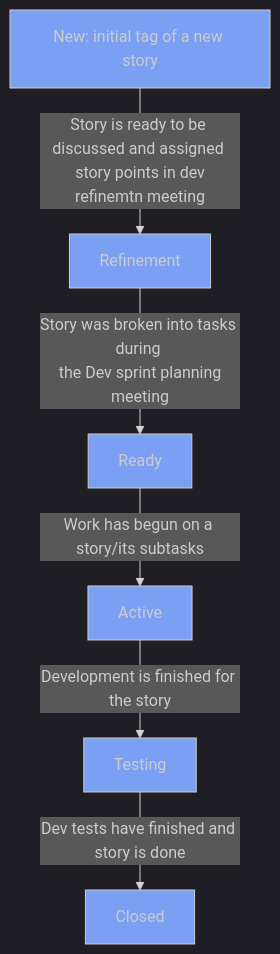
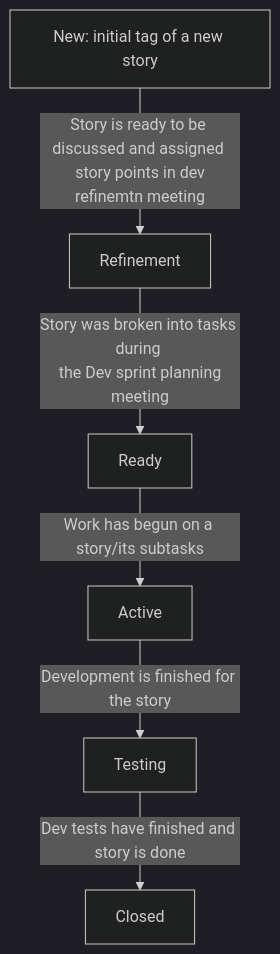
Before and after one commit to abbyhoosh/VueFrontend: the second of 3 diagrams in README.md, drawn with Mermaid. The commit also changed other lines of this file, not shown here.

````diff
--- a/README.md
+++ b/README.md
@@ -84,21 +82,17 @@
 ```mermaid
 %%{init: {'theme':'dark'}}%%
 
 flowchart TD
-classDef tags fill:#7B9FF2
-
 NewStory[New: initial tag of a new story]
 StoryRefinement[Refinement]
 StoryReady[Ready]
 StoryActive[Active]
 StoryTesting[Testing]
 StoryClosed[Closed]
 
 NewStory-->|Story is ready to be discussed and assigned <br> story points in dev refinemtn meeting|StoryRefinement
 StoryRefinement-->|Story was broken into tasks during <br> the Dev sprint planning meeting|StoryReady
 StoryReady-->|Work has begun on a story/its subtasks|StoryActive
 StoryActive-->|Development is finished for the story|StoryTesting
 StoryTesting-->|Dev tests have finished and story is done|StoryClosed
-
-class NewStory,StoryRefinement,StoryReady,StoryActive,StoryTesting,StoryClosed tags;
 ```
````
